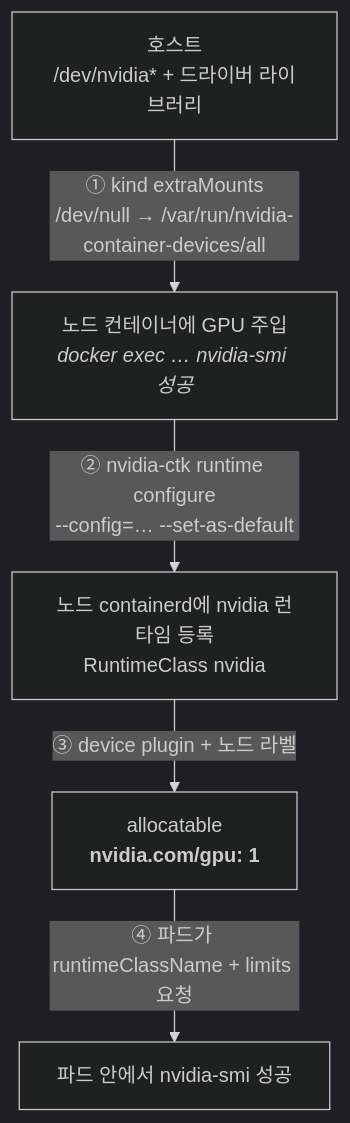
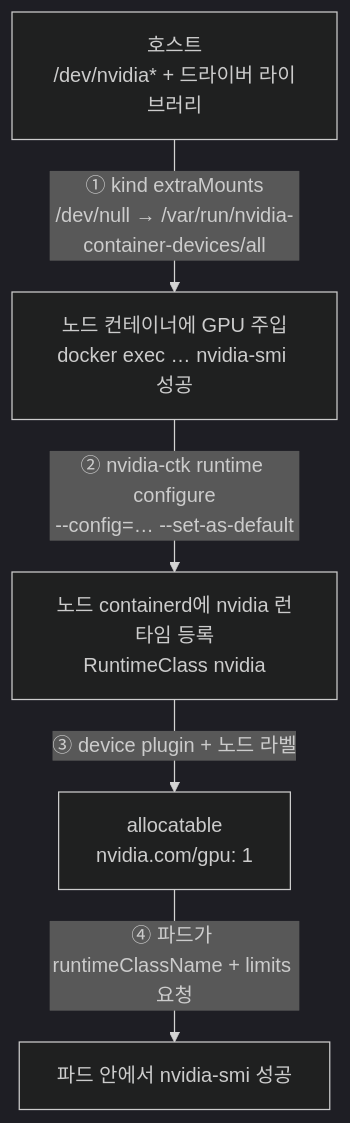
Before and after one commit to ken-0913/myblog: the third of 3 diagrams in content/posts/llm/llm-ray-serving-result.md, drawn with Mermaid (dark theme). The commit also changed other lines of this file, not shown here.

````diff
--- a/content/posts/llm/llm-ray-serving-result.md
+++ b/content/posts/llm/llm-ray-serving-result.md
@@ -335,12 +335,12 @@
 ```mermaid
 flowchart TB
     A["호스트<br/>/dev/nvidia* + 드라이버 라이브러리"]
     A -->|"① kind extraMounts<br/>/dev/null → /var/run/nvidia-container-devices/all"| B
-    B["노드 컨테이너에 GPU 주입<br/><i>docker exec … nvidia-smi 성공</i>"]
+    B["노드 컨테이너에 GPU 주입<br/>docker exec … nvidia-smi 성공"]
     B -->|"② nvidia-ctk runtime configure<br/>--config=… --set-as-default"| C
     C["노드 containerd에 nvidia 런타임 등록<br/>RuntimeClass nvidia"]
     C -->|"③ device plugin + 노드 라벨"| D
-    D["allocatable<br/><b>nvidia.com/gpu: 1</b>"]
+    D["allocatable<br/>nvidia.com/gpu: 1"]
     D -->|"④ 파드가 runtimeClassName + limits 요청"| E
     E["파드 안에서 nvidia-smi 성공"]
 ```
````
